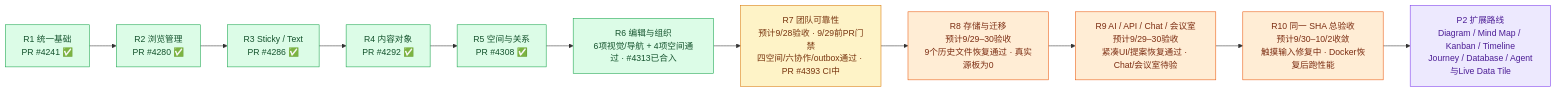
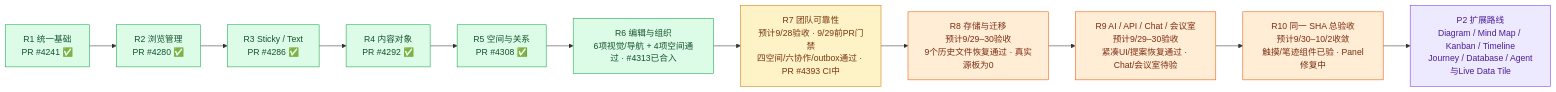
Before and after one commit to boardx/workspacex: the first of 4 diagrams in phases/phase-19-board-visual-workspace/design-deltas/2026-09-26-unified-board-plan.md, drawn with Mermaid. The commit also changed other lines of this file, not shown here.

````diff
--- a/phases/phase-19-board-visual-workspace/design-deltas/2026-09-26-unified-board-plan.md
+++ b/phases/phase-19-board-visual-workspace/design-deltas/2026-09-26-unified-board-plan.md
@@ -25,20 +25,20 @@
 ```mermaid
 flowchart LR
   R1["R1 统一基础<br/>PR #4241 ✅"]:::merged --> R2["R2 浏览管理<br/>PR #4280 ✅"]:::merged
   R2 --> R3["R3 Sticky / Text<br/>PR #4286 ✅"]:::merged
   R3 --> R4["R4 内容对象<br/>PR #4292 ✅"]:::merged
   R4 --> R5["R5 空间与关系<br/>PR #4308 ✅"]:::merged
   R5 --> R6["R6 编辑与组织<br/>6项视觉/导航 + 4项空间通过 · #4313已合入"]:::merged
   R6 --> R7["R7 团队可靠性<br/>预计9/28验收 · 9/29前PR门禁<br/>四空间/六协作/outbox通过 · PR #4393 CI中"]:::accepting
   R7 --> R8["R8 存储与迁移<br/>预计9/29–30验收<br/>9个历史文件恢复通过 · 真实源板为0"]:::working
   R8 --> R9["R9 AI / API / Chat / 会议室<br/>预计9/29–30验收<br/>紧凑UI/提案恢复通过 · Chat/会议室待验"]:::working
-  R9 --> R10["R10 同一 SHA 总验收<br/>预计9/30–10/2收敛<br/>触摸输入修复中 · Docker恢复后跑性能"]:::working
+  R9 --> R10["R10 同一 SHA 总验收<br/>预计9/30–10/2收敛<br/>触摸/笔迹组件已验 · Panel修复中"]:::working
   R10 --> P2["P2 扩展路线<br/>Diagram / Mind Map / Kanban / Timeline<br/>Journey / Database / Agent与Live Data Tile"]:::future
   classDef merged fill:#dcfce7,stroke:#16a34a,color:#14532d
   classDef accepting fill:#fef3c7,stroke:#d97706,color:#78350f
   classDef ready fill:#dbeafe,stroke:#2563eb,color:#1e3a8a
   classDef working fill:#ffedd5,stroke:#ea580c,color:#7c2d12
   classDef blocked fill:#fee2e2,stroke:#dc2626,color:#7f1d1d
   classDef todo fill:#f1f5f9,stroke:#64748b,color:#334155
   classDef future fill:#ede9fe,stroke:#7c3aed,color:#4c1d95
 ```
````
